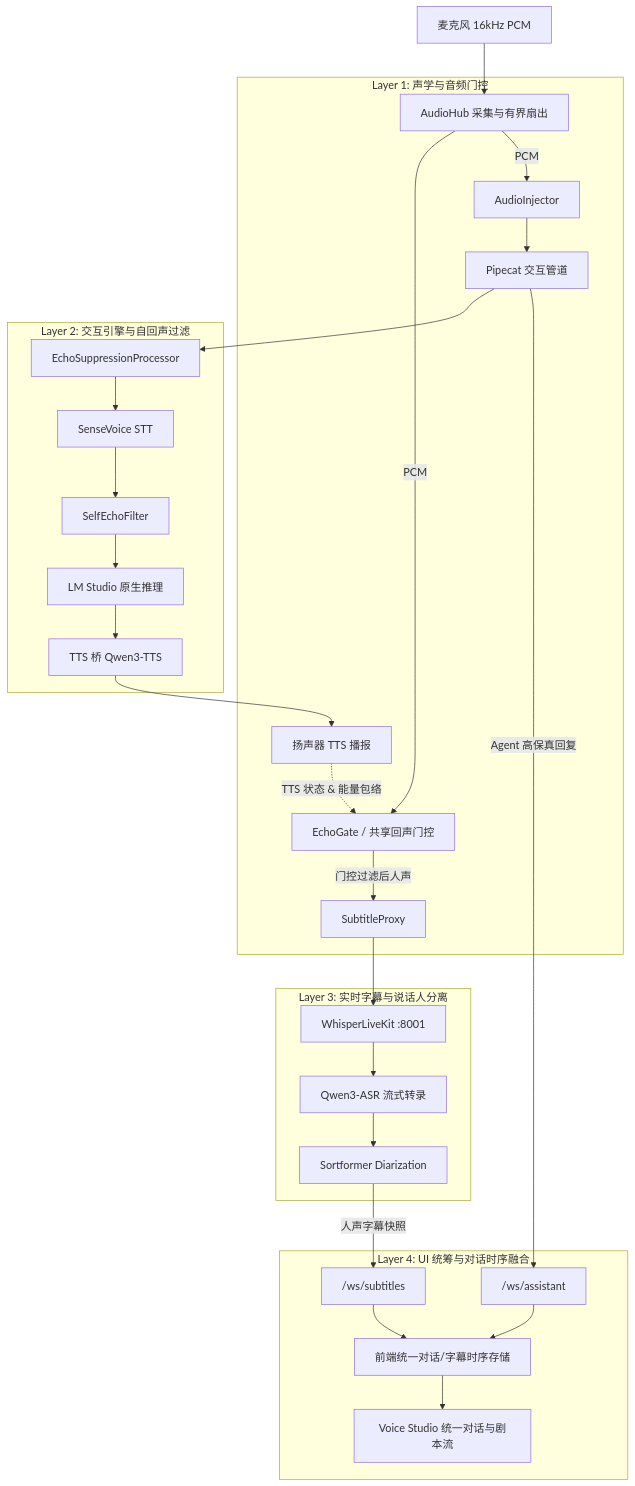
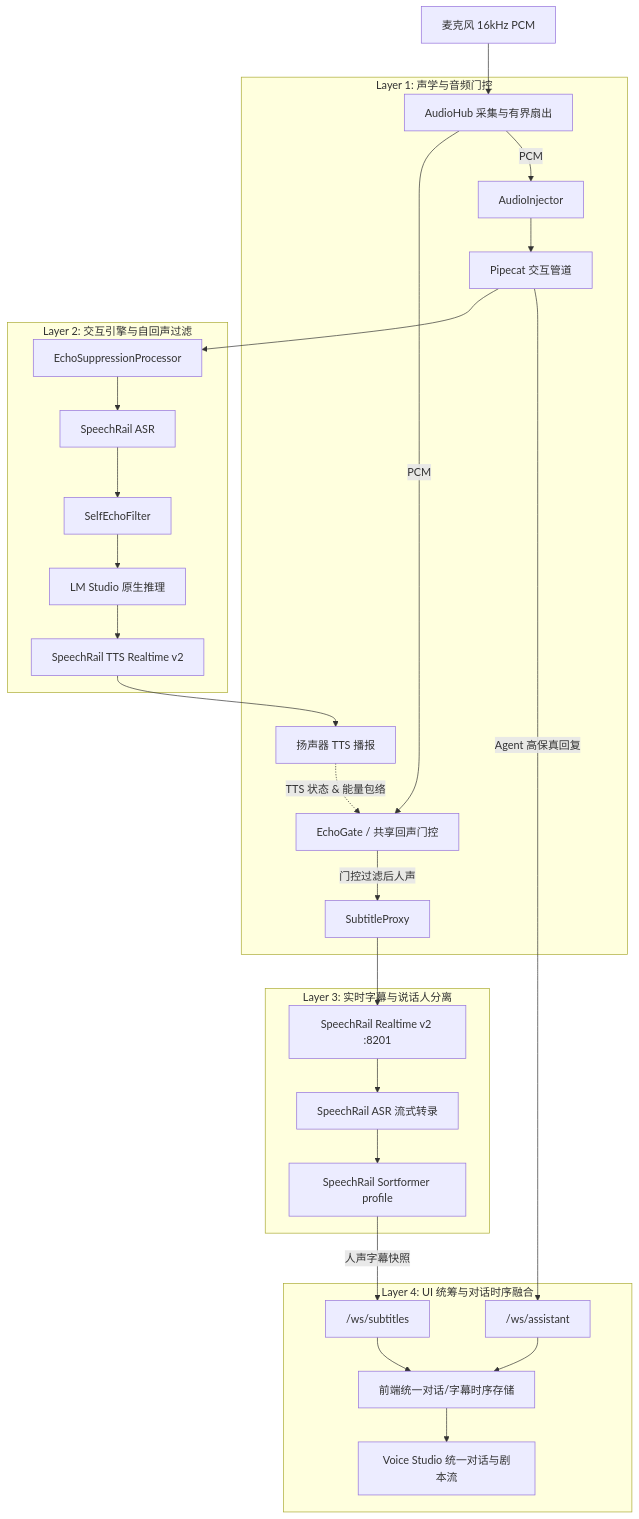
Before and after one commit to hrygo/voice-realtime: the diagram in docs/architecture/声学防回声与全双工交互设计方案.md, drawn with Mermaid. The commit also changed other lines of this file and 38 other files, not shown here.

Commit message:
refactor(tts): remove legacy bridge runtime

````diff
--- a/docs/architecture/声学防回声与全双工交互设计方案.md
+++ b/docs/architecture/声学防回声与全双工交互设计方案.md
@@ -53,35 +53,35 @@
 ```mermaid
 flowchart TD
     MIC["麦克风 16kHz PCM"] --> HUB["AudioHub 采集与有界扇出"]
     
     subgraph S1["Layer 1: 声学与音频门控"]
         HUB -->|PCM| GATER["EchoGate / 共享回声门控"]
         TTS_PLAY["扬声器 TTS 播报"] -.->|TTS 状态 & 能量包络| GATER
         GATER -->|门控过滤后人声| SP["SubtitleProxy"]
         HUB -->|PCM| INJECTOR["AudioInjector"]
         INJECTOR --> PIPELINE["Pipecat 交互管道"]
     end
     
     subgraph S2["Layer 2: 交互引擎与自回声过滤"]
         PIPELINE --> ECHO_PROC["EchoSuppressionProcessor"]
-        ECHO_PROC --> STT["SenseVoice STT"]
+        ECHO_PROC --> STT["SpeechRail ASR"]
         STT --> ECHO_FILTER["SelfEchoFilter"]
         ECHO_FILTER --> LLM["LM Studio 原生推理"]
-        LLM --> TTS_BRIDGE["TTS 桥 Qwen3-TTS"]
-        TTS_BRIDGE --> TTS_PLAY
+        LLM --> SPEECHRAIL_TTS["SpeechRail TTS Realtime v2"]
+        SPEECHRAIL_TTS --> TTS_PLAY
     end
     
     subgraph S3["Layer 3: 实时字幕与说话人分离"]
-        SP --> WLK["WhisperLiveKit :8001"]
-        WLK --> QWEN_ASR["Qwen3-ASR 流式转录"]
-        QWEN_ASR --> SORTFORMER["Sortformer Diarization"]
+        SP --> SPEECHRAIL["SpeechRail Realtime v2 :8201"]
+        SPEECHRAIL --> QWEN_ASR["SpeechRail ASR 流式转录"]
+        QWEN_ASR --> SORTFORMER["SpeechRail Sortformer profile"]
     end
     
     subgraph S4["Layer 4: UI 统筹与对话时序融合"]
         SORTFORMER -->|人声字幕快照| SUB_WS["/ws/subtitles"]
         PIPELINE -->|Agent 高保真回复| ASST_WS["/ws/assistant"]
         SUB_WS --> UI_STORE["前端统一对话/字幕时序存储"]
         ASST_WS --> UI_STORE
         UI_STORE --> UI_VIEW["Voice Studio 统一对话与剧本流"]
     end
 ```
````
